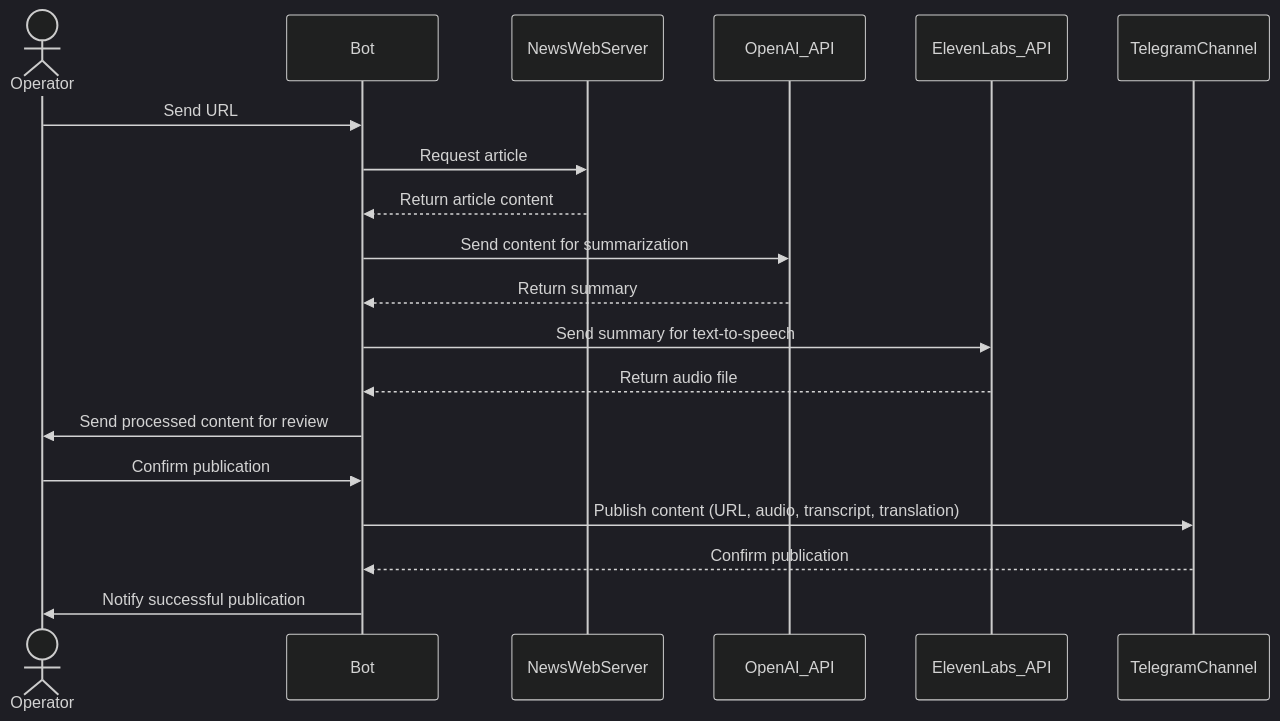
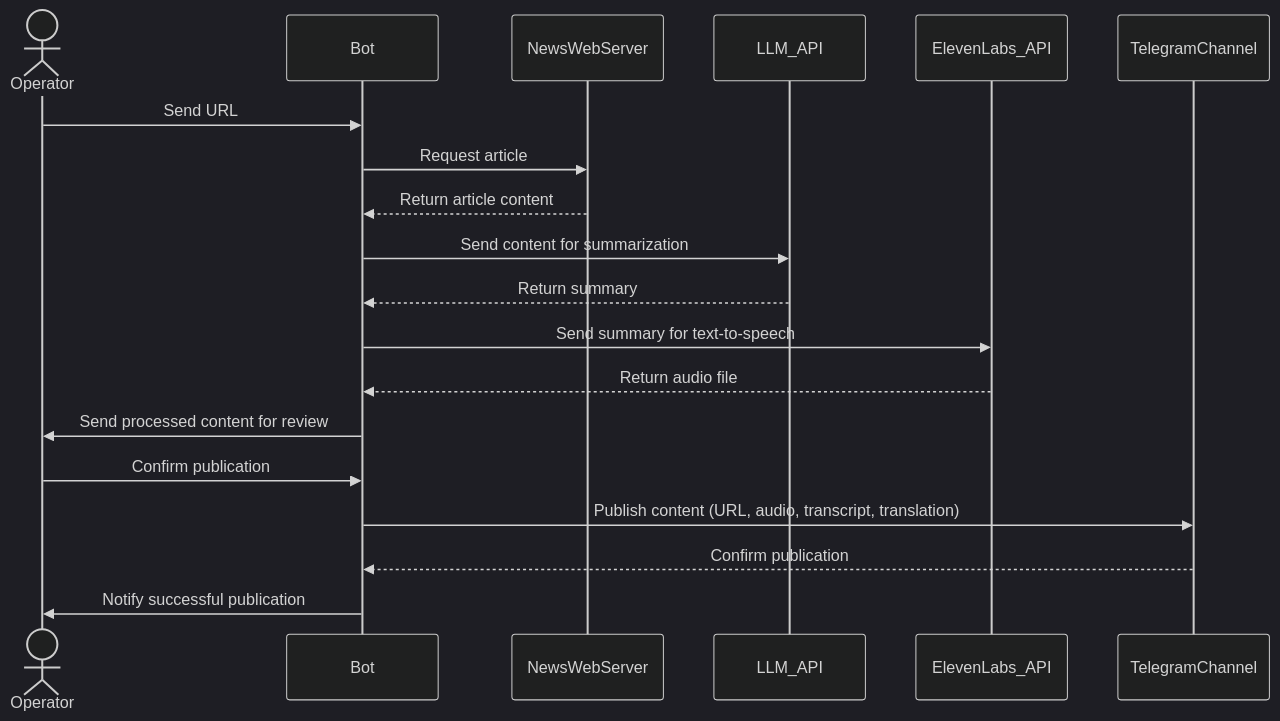
Before and after one commit to akolotov/chungachanga-telegram-bot: the diagram in README.md, drawn with Mermaid (dark theme). The commit also changed other lines of this file, not shown here.

````diff
--- a/README.md
+++ b/README.md
@@ -25,22 +26,22 @@
 ```mermaid
 sequenceDiagram
     actor Operator
     participant Bot
     participant NewsWebServer
-    participant OpenAI_API
+    participant LLM_API
     participant ElevenLabs_API
     participant TelegramChannel
 
     Operator->>Bot: Send URL
     Bot->>NewsWebServer: Request article
     NewsWebServer-->>Bot: Return article content
-    Bot->>OpenAI_API: Send content for summarization
-    OpenAI_API-->>Bot: Return summary
+    Bot->>LLM_API: Send content for summarization
+    LLM_API-->>Bot: Return summary
     Bot->>ElevenLabs_API: Send summary for text-to-speech
     ElevenLabs_API-->>Bot: Return audio file
     Bot->>Operator: Send processed content for review
     Operator->>Bot: Confirm publication
     Bot->>TelegramChannel: Publish content (URL, audio, transcript, translation)
     TelegramChannel-->>Bot: Confirm publication
     Bot->>Operator: Notify successful publication
 ```
````
